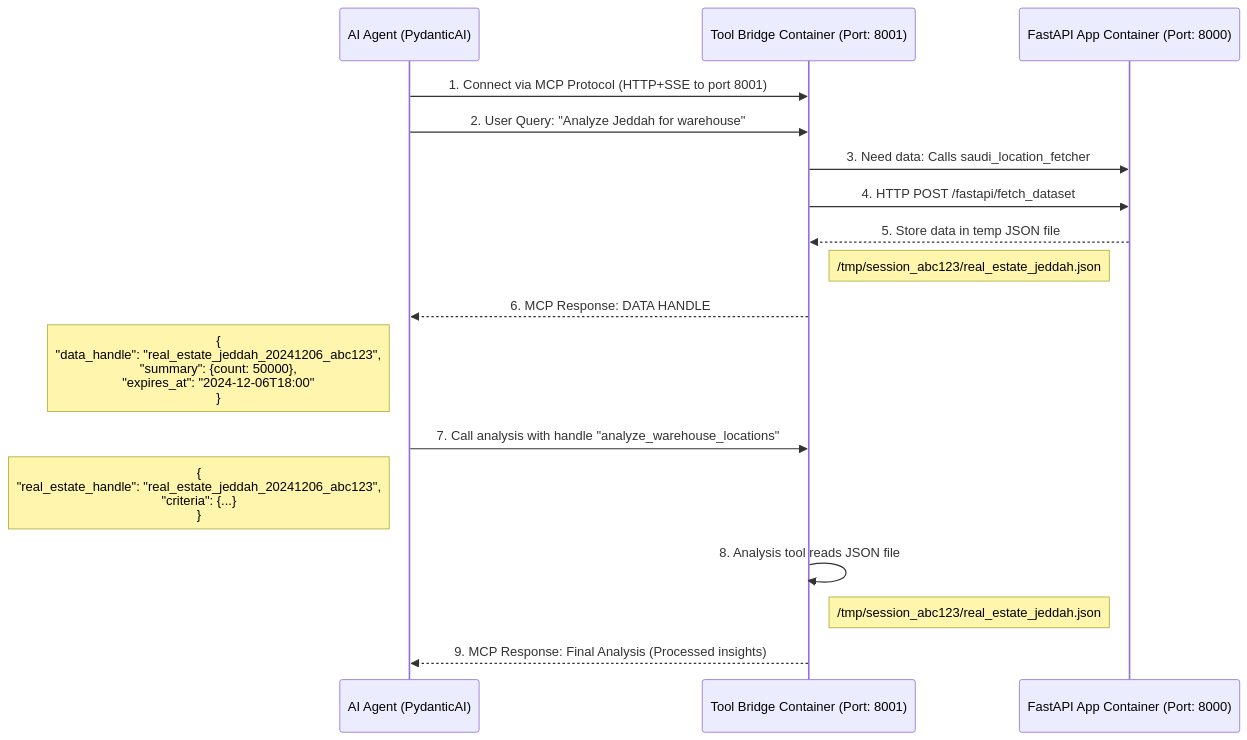
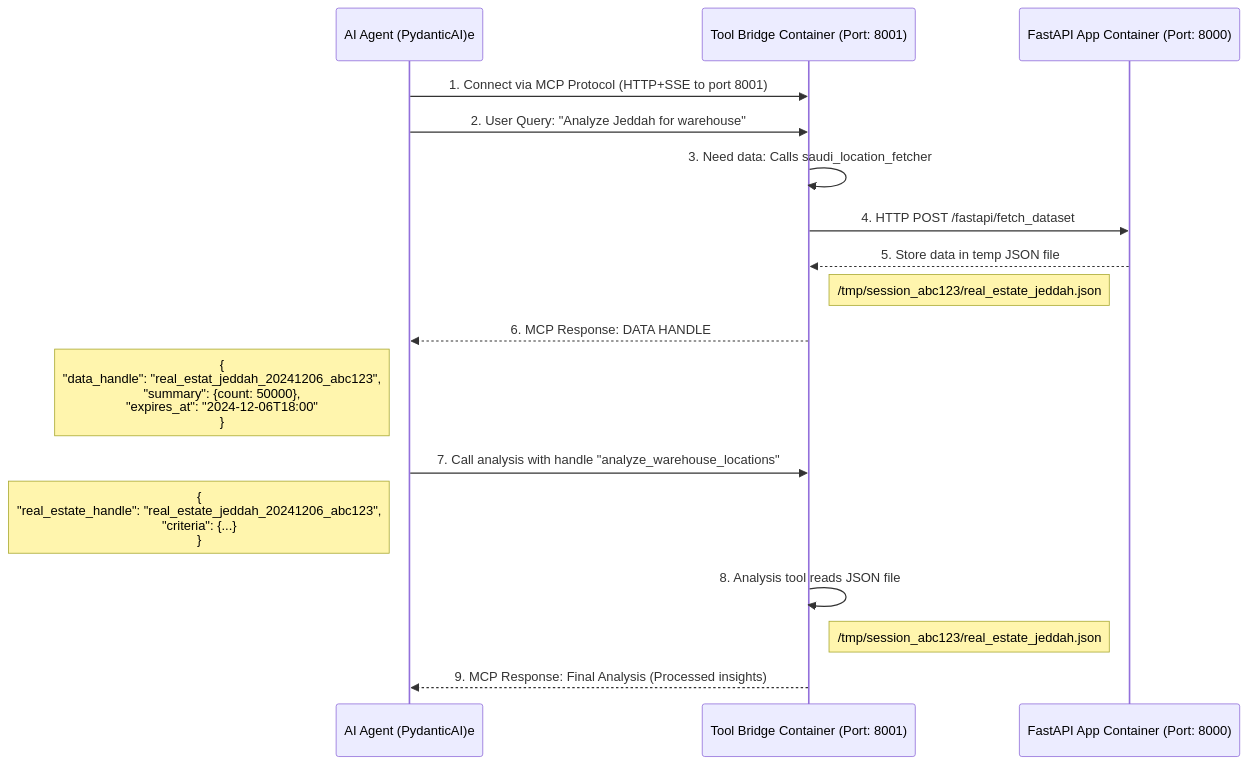
The first of 4 diagrams in tool_bridge_mcp_server/Model Context Protocol (MCP) Guide.md (ImadSaddik/backend2), drawn with Mermaid before and after one commit.

Commit message:
fix MCP Guide mermaid sequence diagram to correct participant references and data handle formatting

````diff
--- a/tool_bridge_mcp_server/Model Context Protocol (MCP) Guide.md
+++ b/tool_bridge_mcp_server/Model Context Protocol (MCP) Guide.md
@@ -244,20 +244,20 @@
 ```mermaid
 sequenceDiagram
-    participant AI_Agent as AI Agent (PydanticAI)
+    participant AI_Agent as AI Agent (PydanticAI)e
     participant Tool_Bridge as Tool Bridge Container (Port: 8001)
     participant FastAPI as FastAPI App Container (Port: 8000)
 
     AI_Agent->>Tool_Bridge: 1. Connect via MCP Protocol (HTTP+SSE to port 8001)
     AI_Agent->>Tool_Bridge: 2. User Query: "Analyze Jeddah for warehouse"
-    Tool_Bridge->>FastAPI: 3. Need data: Calls saudi_location_fetcher
+    Tool_Bridge->>Tool_Bridge: 3. Need data: Calls saudi_location_fetcher
     Tool_Bridge->>FastAPI: 4. HTTP POST /fastapi/fetch_dataset
     FastAPI-->>Tool_Bridge: 5. Store data in temp JSON file
     Note right of Tool_Bridge: /tmp/session_abc123/real_estate_jeddah.json
     Tool_Bridge-->>AI_Agent: 6. MCP Response: DATA HANDLE
-    Note left of AI_Agent: {<br>"data_handle": "real_estate_jeddah_20241206_abc123",<br>"summary": {count: 50000},<br>"expires_at": "2024-12-06T18:00"<br>}
+    Note left of AI_Agent: {<br>"data_handle": "real_estat_jeddah_20241206_abc123",<br>"summary": {count: 50000},<br>"expires_at": "2024-12-06T18:00"<br>}
     AI_Agent->>Tool_Bridge: 7. Call analysis with handle "analyze_warehouse_locations"
     Note left of AI_Agent: {<br>"real_estate_handle": "real_estate_jeddah_20241206_abc123",<br>"criteria": {...}<br>}
     Tool_Bridge->>Tool_Bridge: 8. Analysis tool reads JSON file
     Note right of Tool_Bridge: /tmp/session_abc123/real_estate_jeddah.json
     Tool_Bridge-->>AI_Agent: 9. MCP Response: Final Analysis (Processed insights)
 ```
````
